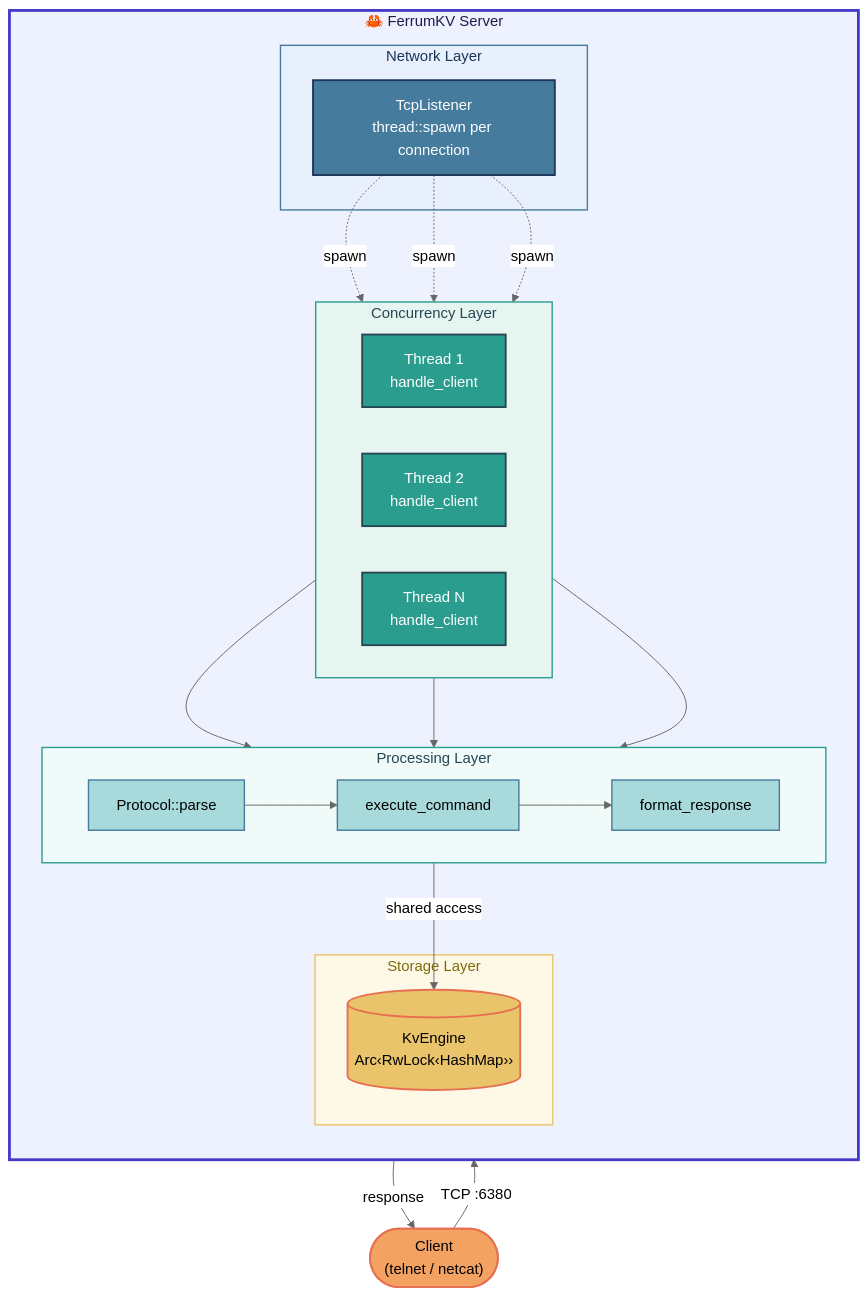
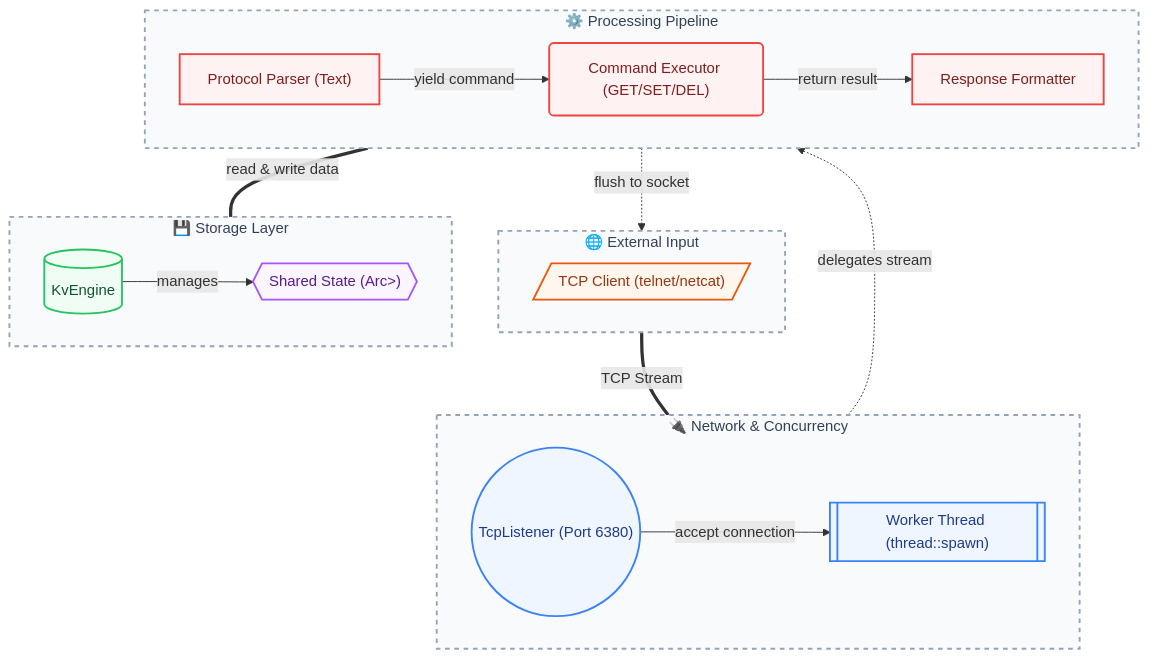
Before and after one commit to aldalee/ferrum-kv: the diagram in README.md, drawn with Mermaid.

````diff
--- a/README.md
+++ b/README.md
@@ -7,56 +7,59 @@
 ```mermaid
-%%{init: {'theme': 'neutral', 'flowchart': {'curve': 'basis'}}}%%
 flowchart TB
-    Client(["Client<br/>(telnet / netcat)"])
+    %% 1. Global Tailwind Colors
+    classDef runtime fill:#f8fafc,stroke:#94a3b8,stroke-width:2px,color:#334155,stroke-dasharray: 5 5
+    classDef engine fill:#eff6ff,stroke:#3b82f6,stroke-width:2px,color:#1e3a8a
+    classDef entity fill:#fef2f2,stroke:#ef4444,stroke-width:2px,color:#7f1d1d
+    classDef resource fill:#f0fdf4,stroke:#22c55e,stroke-width:2px,color:#14532d
+    classDef config fill:#faf5ff,stroke:#a855f7,stroke-width:2px,color:#581c87
+    classDef ext fill:#fff7ed,stroke:#ea580c,stroke-width:2px,color:#9a3412
 
-    Client -->|"TCP :6380"| Listener
-
-    subgraph Server ["🦀 FerrumKV Server"]
-        direction TB
-
-        subgraph Network ["Network Layer"]
-            Listener["TcpListener<br/>thread::spawn per connection"]
-        end
-
-        subgraph Threads ["Concurrency Layer"]
-            direction LR
-            T1["Thread 1<br/>handle_client"]
-            T2["Thread 2<br/>handle_client"]
-            T3["Thread N<br/>handle_client"]
-        end
-
-        Listener -.->|spawn| T1
-        Listener -.->|spawn| T2
-        Listener -.->|spawn| T3
-
-        subgraph Handler ["Processing Layer"]
-            direction LR
-            Parse["Protocol::parse"] --> Exec["execute_command"] --> Fmt["format_response"]
-        end
-
-        T1 & T2 & T3 --> Parse
-
-        subgraph Storage ["Storage Layer"]
-            Engine[("KvEngine<br/>Arc‹RwLock‹HashMap››")]
-        end
-
-        Exec -->|"shared access"| Engine
+    %% 2. External Clients
+    subgraph ClientLayer ["🌐 External Input"]
+        direction LR
+        Client[/"TCP Client (telnet/netcat)"/]
     end
 
-    Fmt -->|"response"| Client
+    %% 3. Network & Concurrency
+    subgraph NetLayer ["🔌 Network & Concurrency"]
+        direction LR
+        Listener(("TcpListener (Port 6380)"))
+        WorkerThread[["Worker Thread (thread::spawn)"]]
+        
+        Listener -->|"accept connection"| WorkerThread
+    end
 
-    style Client fill:#f4a261,stroke:#e76f51,stroke-width:2px,color:#000
-    style Listener fill:#457b9d,stroke:#1d3557,stroke-width:2px,color:#fff
-    style T1 fill:#2a9d8f,stroke:#264653,stroke-width:2px,color:#fff
-    style T2 fill:#2a9d8f,stroke:#264653,stroke-width:2px,color:#fff
-    style T3 fill:#2a9d8f,stroke:#264653,stroke-width:2px,color:#fff
-    style Parse fill:#a8dadc,stroke:#457b9d,stroke-width:1.5px,color:#000
-    style Exec fill:#a8dadc,stroke:#457b9d,stroke-width:1.5px,color:#000
-    style Fmt fill:#a8dadc,stroke:#457b9d,stroke-width:1.5px,color:#000
-    style Engine fill:#e9c46a,stroke:#e76f51,stroke-width:2px,color:#000
-    style Network fill:#e8f0fe,stroke:#457b9d,stroke-width:1.5px,color:#1d3557
-    style Threads fill:#e6f5f0,stroke:#2a9d8f,stroke-width:1.5px,color:#264653
-    style Handler fill:#f0faf8,stroke:#2a9d8f,stroke-width:1.5px,color:#264653
-    style Storage fill:#fef9e7,stroke:#e9c46a,stroke-width:1.5px,color:#7c6a0a
-    style Server fill:#eef2ff,stroke:#4338ca,stroke-width:3px,color:#1e1b4b
+    %% 4. Command Processing Pipeline
+    subgraph ProcessLayer ["⚙️ Processing Pipeline"]
+        direction LR
+        Parser["Protocol Parser (Text)"]
+        Exec("Command Executor (GET/SET/DEL)")
+        Fmt["Response Formatter"]
+        
+        Parser -->|"yield command"| Exec
+        Exec -->|"return result"| Fmt
+    end
+
+    %% 5. Storage Engine
+    subgraph StoreLayer ["💾 Storage Layer"]
+        direction LR
+        Engine[("KvEngine")]
+        State{{"Shared State (Arc<RwLock<HashMap>>)"}}
+        
+        Engine -->|"manages"| State
+    end
+
+    %% 6. Cross-System Data Flow
+    ClientLayer == "TCP Stream" === NetLayer
+    WorkerThread -.->|"delegates stream"| ProcessLayer
+    ProcessLayer == "read & write data" === StoreLayer
+    Fmt -.->|"flush to socket"| Client
+
+    %% 7. Apply Styles
+    class ClientLayer,NetLayer,ProcessLayer,StoreLayer runtime
+    class Client ext
+    class Listener,WorkerThread engine
+    class Parser,Exec,Fmt entity
+    class Engine resource
+    class State config
 ```
````
